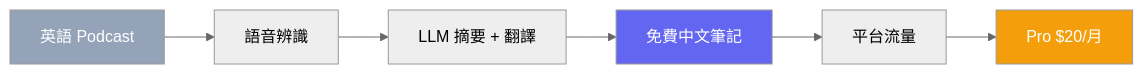
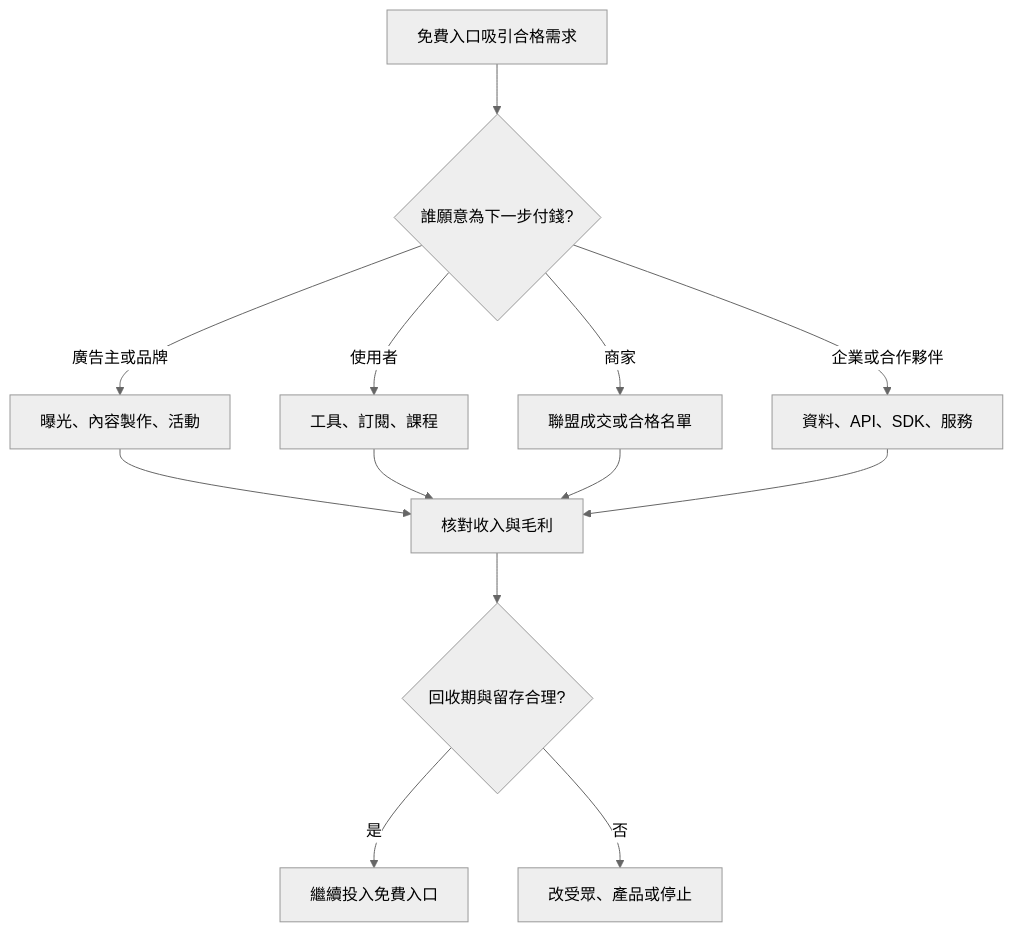
The second of 2 diagrams in src/content/posts/product/2026-09-16-free-content-side-monetization.md (vincentxuu/quidproquo), drawn with Mermaid (neutral theme) before and after one commit. The commit also changed other lines of this file and 108 other files, not shown here.

````diff
--- a/src/content/posts/product/2026-09-16-free-content-side-monetization.md
+++ b/src/content/posts/product/2026-09-16-free-content-side-monetization.md
@@ -138,11 +68,15 @@
 ```mermaid
-graph LR
-    A[英語 Podcast] --> B[語音辨識]
-    B --> C[LLM 摘要 + 翻譯]
-    C --> D[免費中文筆記]
-    D --> E[平台流量]
-    E --> F[Pro $20/月]
-    style A fill:#94a3b8,color:#fff
-    style D fill:#6366f1,color:#fff
-    style F fill:#f59e0b,color:#fff
+flowchart TD
+    A[免費入口吸引合格需求] --> P{誰願意為下一步付錢?}
+    P -->|廣告主或品牌| B[曝光、內容製作、活動]
+    P -->|使用者| C[工具、訂閱、課程]
+    P -->|商家| D[聯盟成交或合格名單]
+    P -->|企業或合作夥伴| E[資料、API、SDK、服務]
+    B --> Q[核對收入與毛利]
+    C --> Q
+    D --> Q
+    E --> Q
+    Q --> R{回收期與留存合理?}
+    R -- 是 --> S[繼續投入免費入口]
+    R -- 否 --> T[改受眾、產品或停止]
 ```
````
